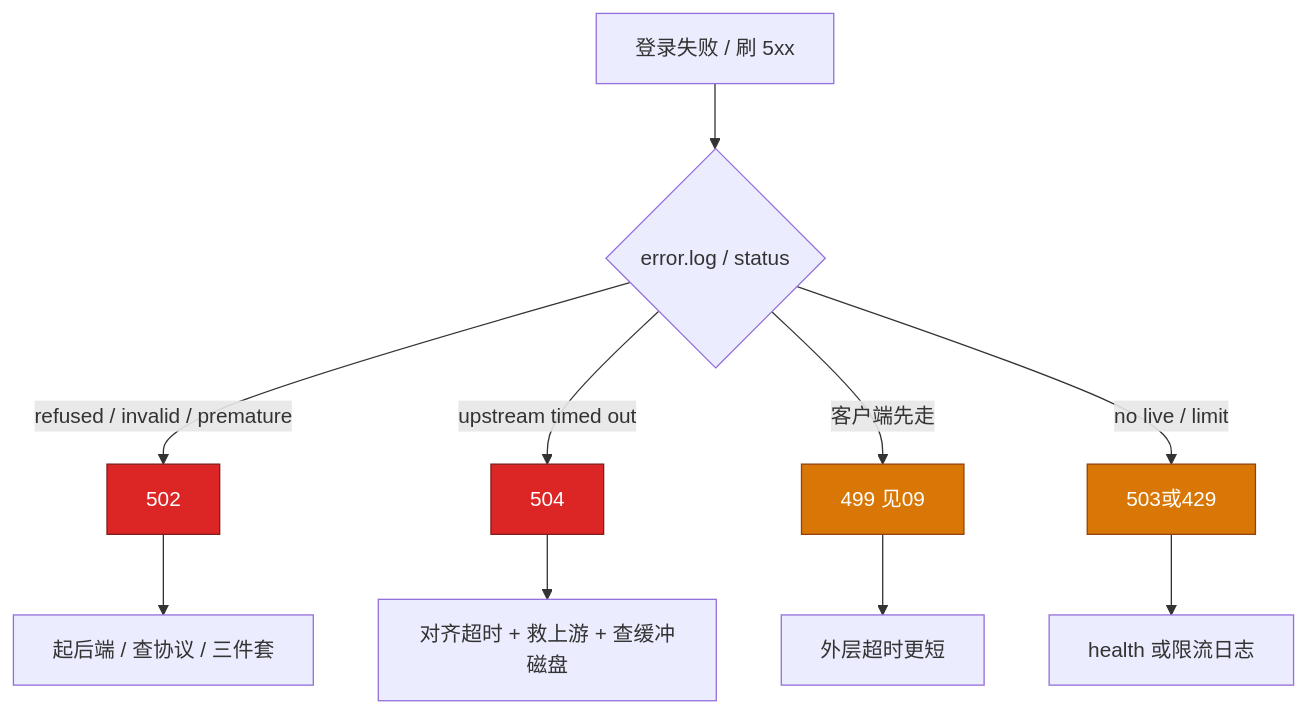
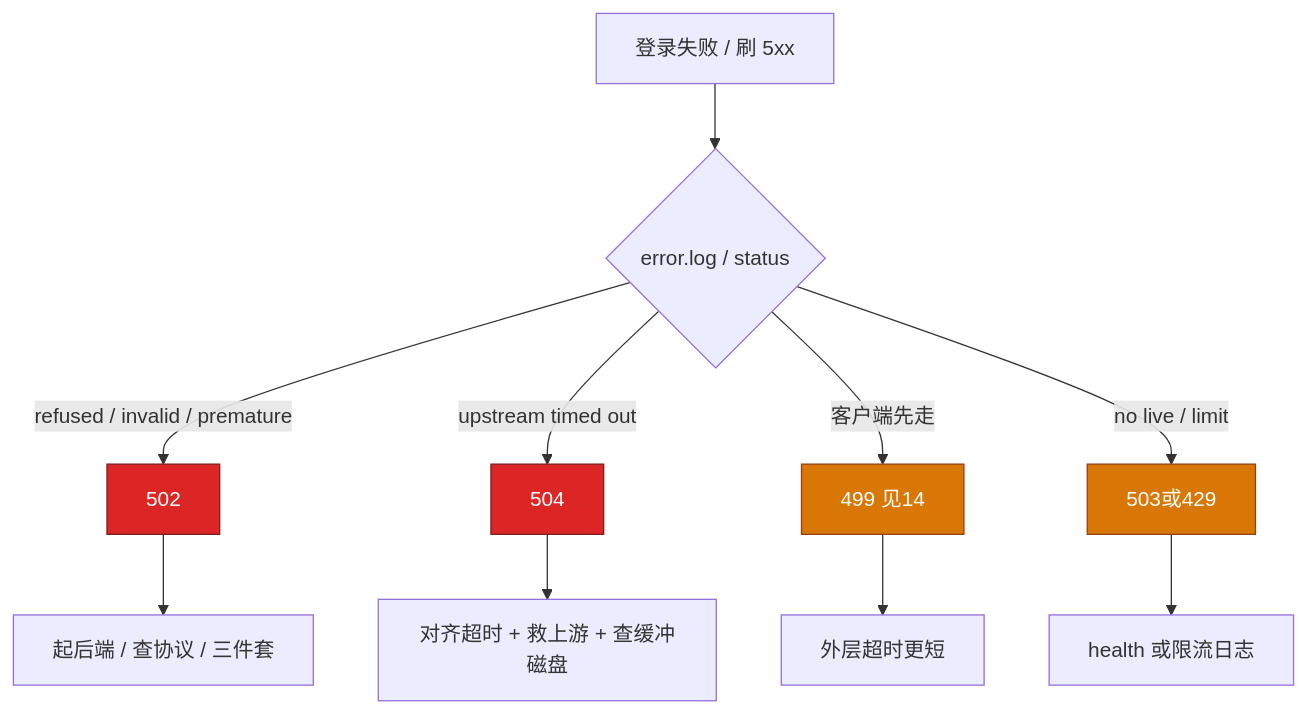
Before and after one commit to ml-cuizijun/LearnToLilith: the third of 5 diagrams in 01-基础底座/19-Nginx/知识点.md, drawn with Mermaid. The commit also changed other lines of this file and 56 other files, not shown here.

````diff
--- a/01-基础底座/19-Nginx/知识点.md
+++ b/01-基础底座/19-Nginx/知识点.md
@@ -526,18 +526,18 @@
 ```mermaid
 flowchart TB
     A[登录失败 / 刷 5xx] --> B{error.log / status}
     B -->|refused / invalid / premature| C[502]
     B -->|upstream timed out| D[504]
-    B -->|客户端先走| E[499 见09]
+    B -->|客户端先走| E[499 见14]
     B -->|no live / limit| F[503或429]
 
     C --> C1[起后端 / 查协议 / 三件套]
     D --> D1[对齐超时 + 救上游 + 查缓冲磁盘]
     E --> E1[外层超时更短]
     F --> F1[health 或限流日志]
 
     classDef bad fill:#DC2626,stroke:#7F1D1D,color:#fff
     classDef warn fill:#D97706,stroke:#92400E,color:#fff
     class C,D bad
     class E,F warn
 ```
````
